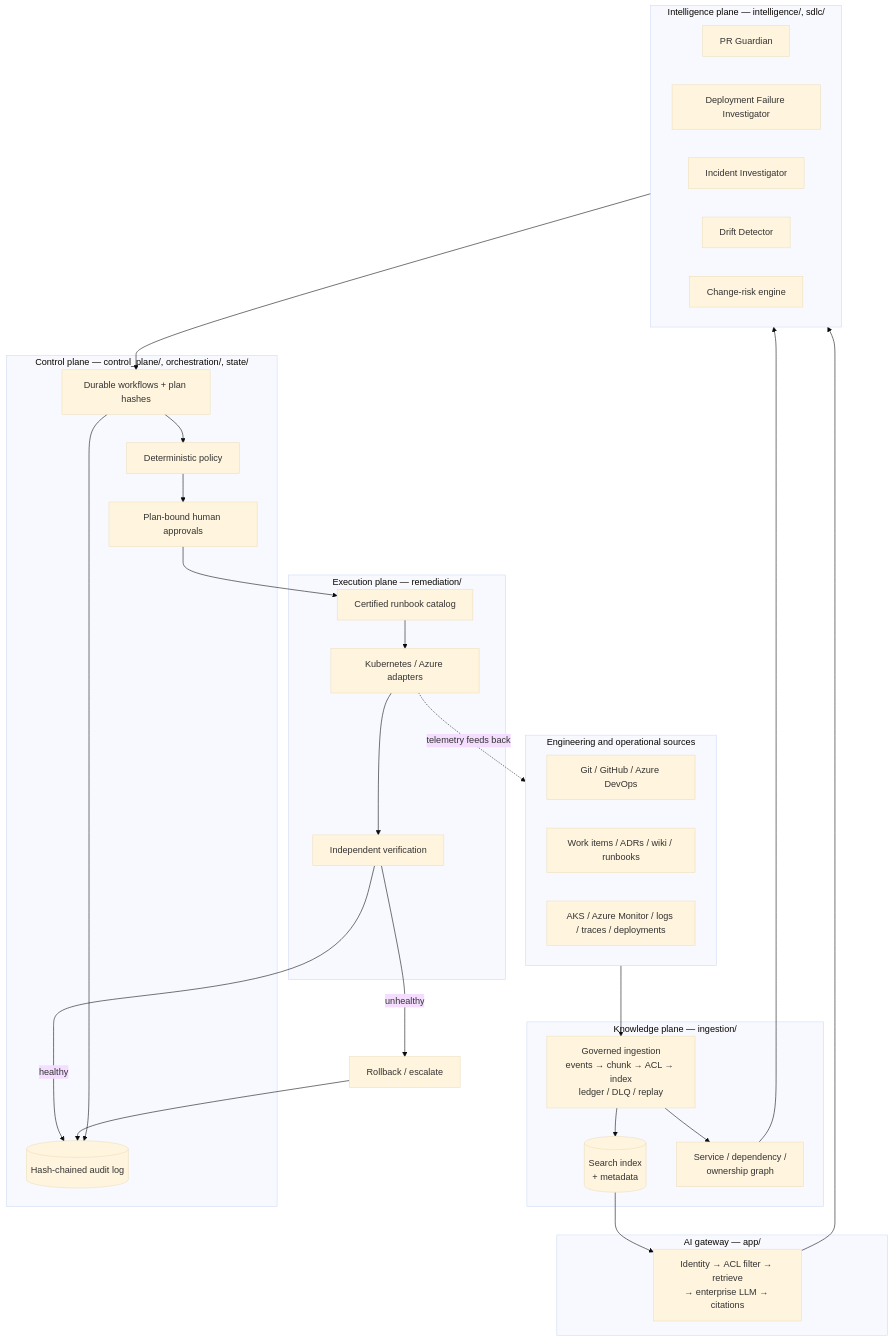
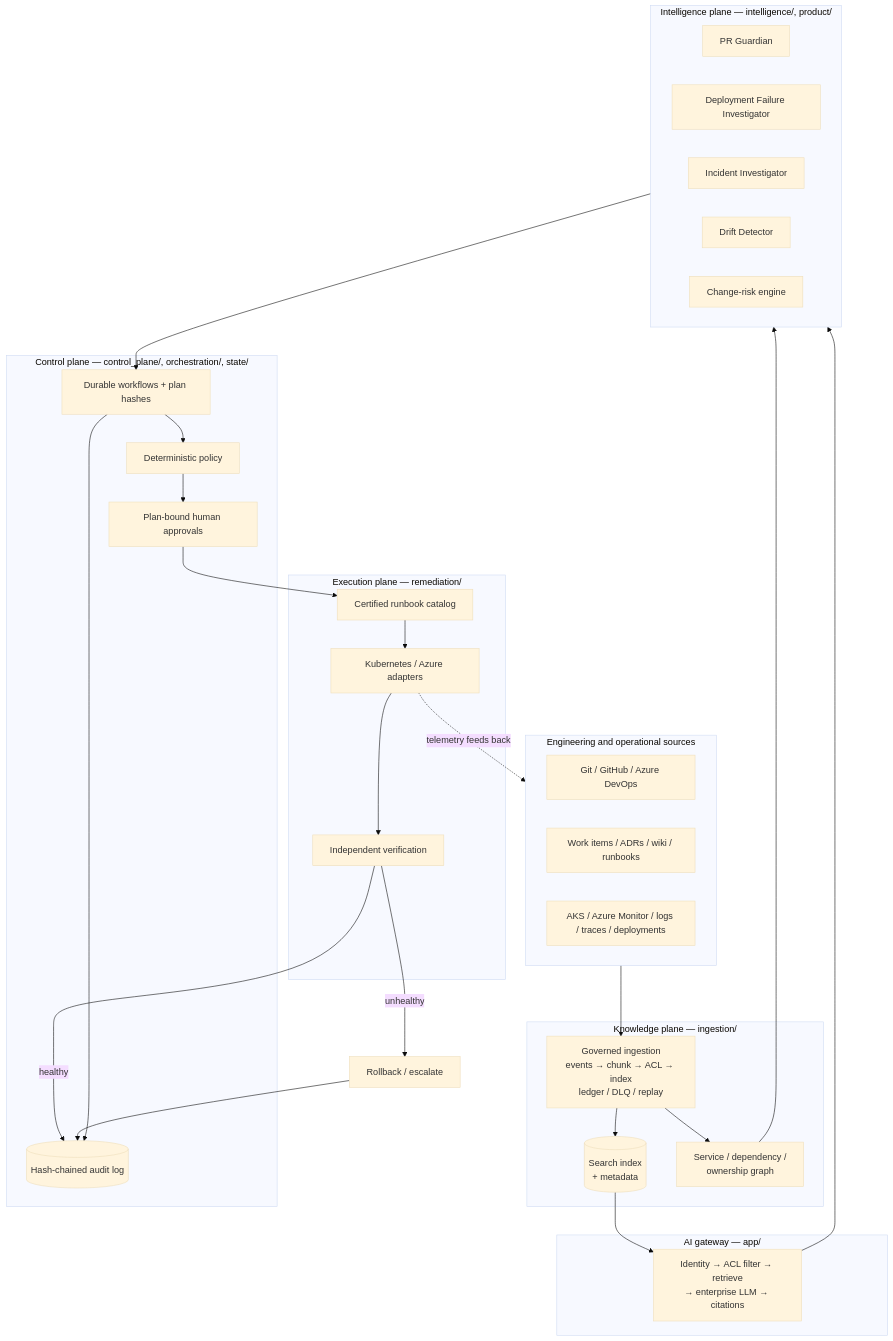
Before and after one commit to hatan4ik/engineering-intelligence-platform: the first of 7 diagrams in architecture/DESIGN.md, drawn with Mermaid (base theme). The commit also changed 6 other files, not shown here.

````diff
--- a/architecture/DESIGN.md
+++ b/architecture/DESIGN.md
@@ -79,52 +79,52 @@
 ```mermaid
 flowchart TD
     subgraph SOURCES["Engineering and operational sources"]
         GIT["Git / GitHub / Azure DevOps"]
         WORK["Work items / ADRs / wiki / runbooks"]
         OPS["AKS / Azure Monitor / logs / traces / deployments"]
     end
 
     subgraph KNOWLEDGE["Knowledge plane — ingestion/"]
         ING["Governed ingestion<br/>events → chunk → ACL → index<br/>ledger / DLQ / replay"]
         IDX[("Search index<br/>+ metadata")]
         GRAPH["Service / dependency /<br/>ownership graph"]
     end
 
     subgraph GATEWAY["AI gateway — app/"]
         RAG["Identity → ACL filter → retrieve<br/>→ enterprise LLM → citations"]
     end
 
-    subgraph AGENTS["Intelligence plane — intelligence/, sdlc/"]
+    subgraph AGENTS["Intelligence plane — intelligence/, product/"]
         PRG["PR Guardian"]
         DFI["Deployment Failure Investigator"]
         INC["Incident Investigator"]
         DRIFT["Drift Detector"]
         RISK["Change-risk engine"]
     end
 
     subgraph CONTROL["Control plane — control_plane/, orchestration/, state/"]
         WF["Durable workflows + plan hashes"]
         POL["Deterministic policy"]
         APPR["Plan-bound human approvals"]
         AUDIT[("Hash-chained audit log")]
     end
 
     subgraph EXEC["Execution plane — remediation/"]
         RB["Certified runbook catalog"]
         K8S["Kubernetes / Azure adapters"]
         VER["Independent verification"]
     end
 
     SOURCES --> ING --> IDX
     ING --> GRAPH
     IDX --> RAG
     GRAPH --> AGENTS
     RAG --> AGENTS
     AGENTS --> WF
     WF --> POL --> APPR
     APPR --> RB --> K8S --> VER
     VER -->|healthy| AUDIT
     VER -->|unhealthy| ROLLBACK["Rollback / escalate"] --> AUDIT
     K8S -.->|telemetry feeds back| SOURCES
     WF --> AUDIT
 ```
````
